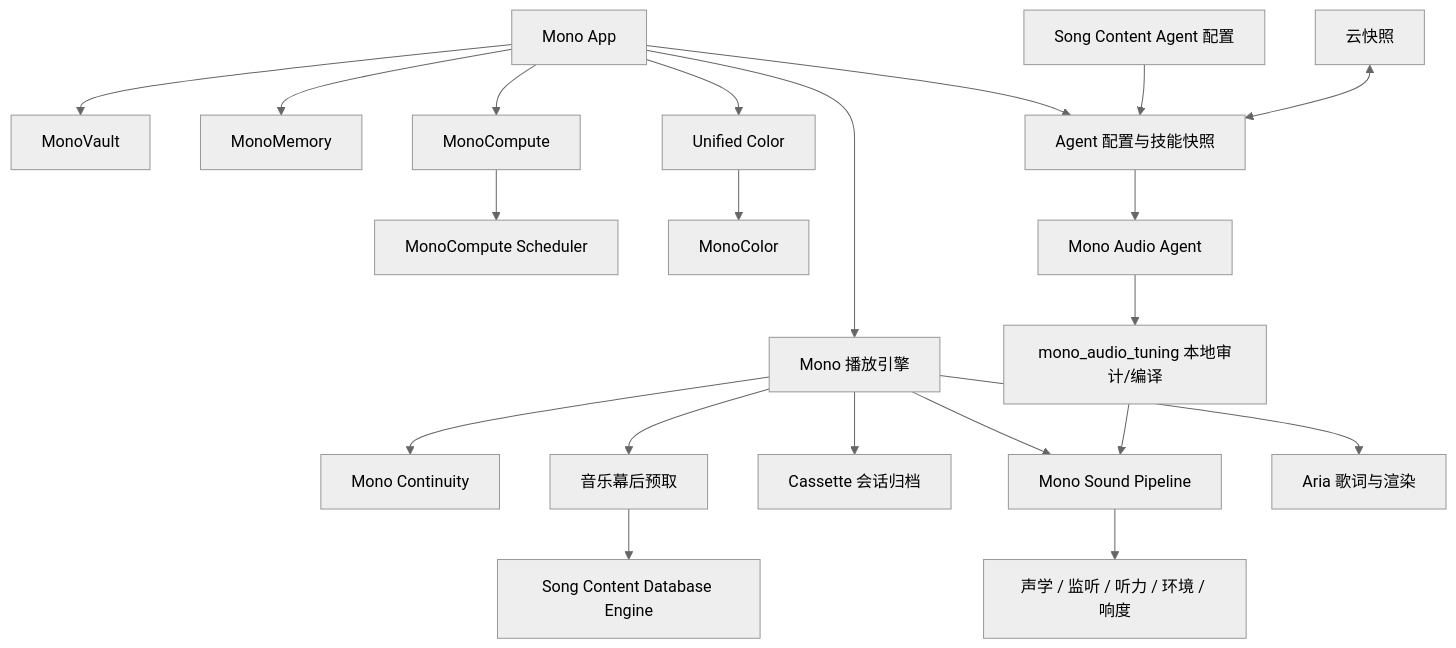
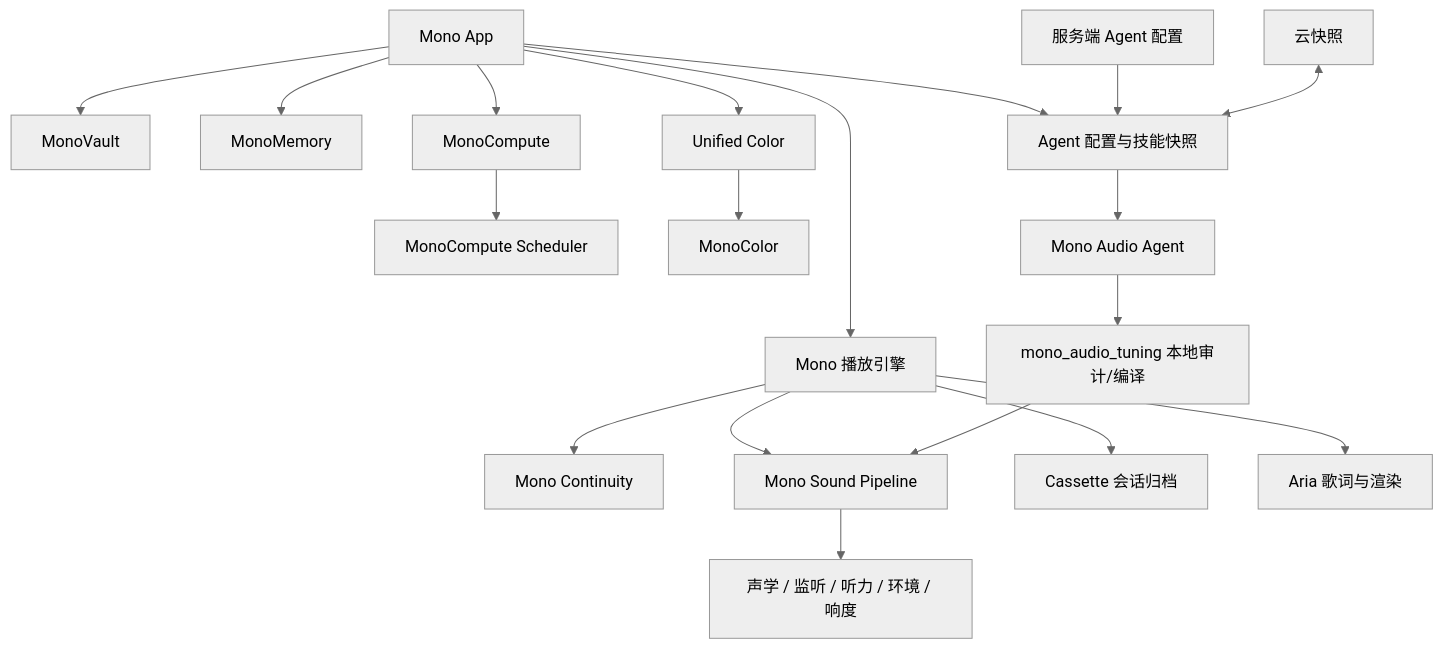
Before and after one commit to Lincb522/Aside-music: the diagram in docs/architecture/mono-engine-catalog.md, drawn with Mermaid (neutral theme). The commit also changed other lines of this file and 86 other files, not shown here.

````diff
--- a/docs/architecture/mono-engine-catalog.md
+++ b/docs/architecture/mono-engine-catalog.md
@@ -230,23 +217,21 @@
 ```mermaid
 flowchart TD
     App["Mono App"] --> Playback["Mono 播放引擎"]
     Playback --> Continuity["Mono Continuity"]
     Playback --> Sound["Mono Sound Pipeline"]
     Playback --> Archive["Cassette 会话归档"]
-    Playback --> Prefetch["音乐幕后预取"]
     App --> Vault["MonoVault"]
     App --> Memory["MonoMemory"]
     App --> Compute["MonoCompute"]
     Compute --> Scheduler["MonoCompute Scheduler"]
     App --> UnifiedColor["Unified Color"]
     UnifiedColor --> Color["MonoColor"]
     Sound --> Acoustic["声学 / 监听 / 听力 / 环境 / 响度"]
     App --> AgentConfig["Agent 配置与技能快照"]
-    ServerConfig["Song Content Agent 配置"] --> AgentConfig
+    ServerConfig["服务端 Agent 配置"] --> AgentConfig
     CloudSync["云快照"] <--> AgentConfig
     AgentConfig --> AudioAgent["Mono Audio Agent"]
     AudioAgent --> TuningTool["mono_audio_tuning 本地审计/编译"]
     TuningTool --> Sound
     Playback --> Aria["Aria 歌词与渲染"]
-    Prefetch --> ServerDB["Song Content Database Engine"]
 ```
````
